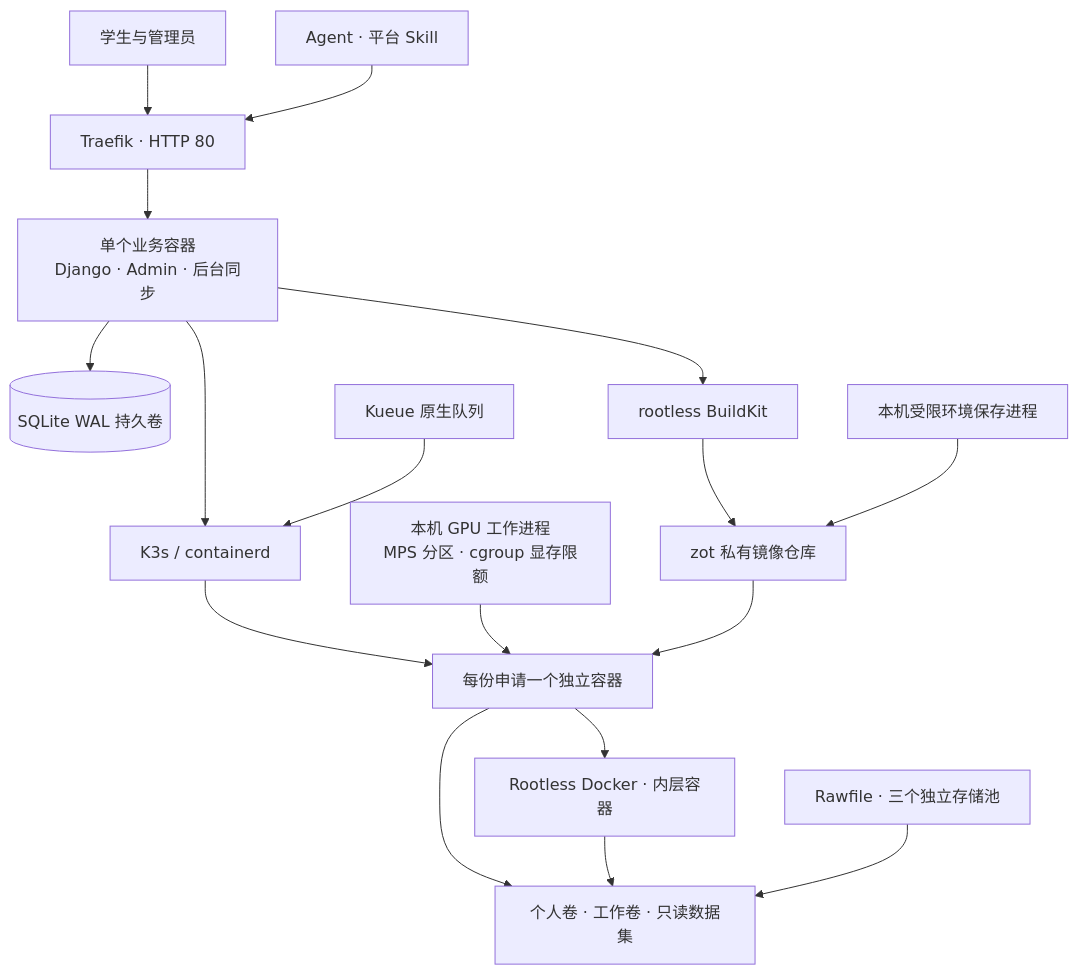
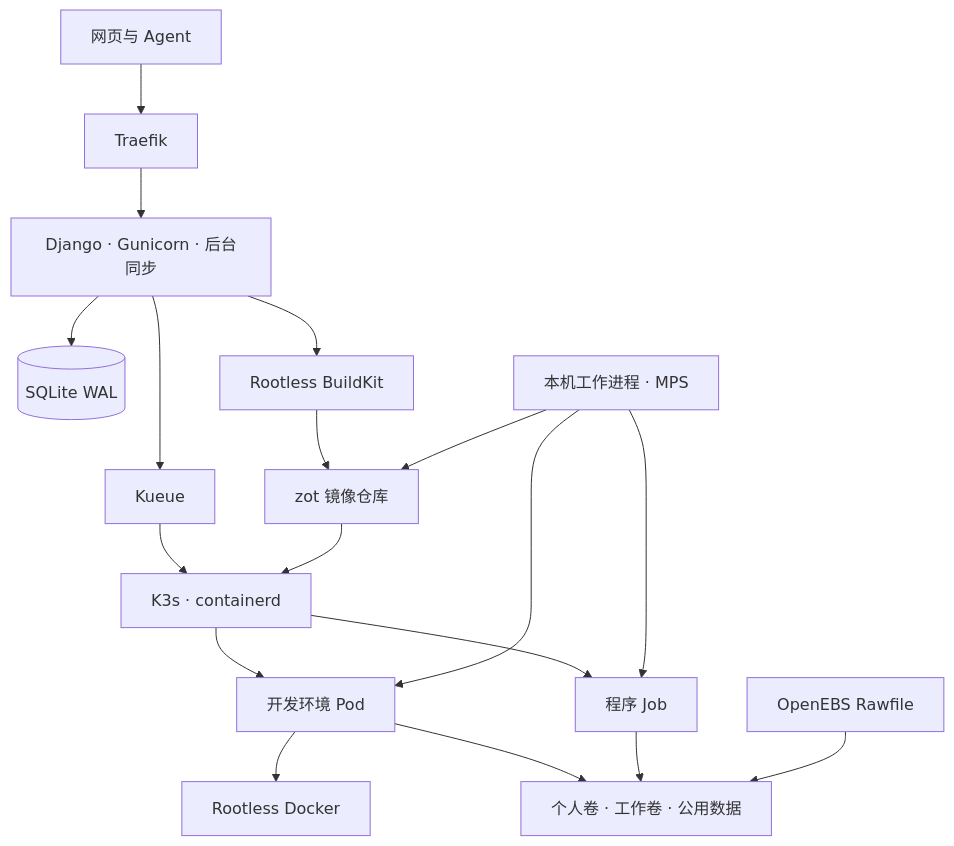
One commit to Kndy666/gpu-platform changed the first of 2 diagrams in docs/architecture.md. Above: the diagram before and after it, drawn with Mermaid. The commit also changed other lines of this file and 9 other files, not shown here.

````diff
--- a/docs/architecture.md
+++ b/docs/architecture.md
@@ -5,19 +5,20 @@
 ```mermaid
 flowchart TD
-    U[学生与管理员] --> T[Traefik · HTTP 80]
-    Agent[Agent · 平台 Skill] --> T
-    T --> A[单个业务容器<br/>Django · Admin · 后台同步]
-    A --> DB[(SQLite WAL 持久卷)]
-    A --> K[K3s / containerd]
-    Q[Kueue 原生队列] --> K
-    K --> W[每份申请一个独立容器]
-    N[本机 GPU 工作进程<br/>MPS 分区 · cgroup 显存限额] --> W
-    W --> V[个人卷 · 工作卷 · 只读数据集]
-    W --> D[Rootless Docker · 内层容器]
-    D --> V
-    C[Rawfile · 三个独立存储池] --> V
-    A --> B[rootless BuildKit]
-    B --> R[zot 私有镜像仓库]
-    R --> W
-    S[本机受限环境保存进程] --> R
+    User[网页与 Agent] --> Entry[Traefik]
+    Entry --> App[Django · Gunicorn · 后台同步]
+    App --> DB[(SQLite WAL)]
+    App --> Queue[Kueue]
+    Queue --> K3s[K3s · containerd]
+    K3s --> Dev[开发环境 Pod]
+    K3s --> Run[程序 Job]
+    Node[本机工作进程 · MPS] --> Dev
+    Node --> Run
+    Dev --> Docker[Rootless Docker]
+    Dev --> Volumes[个人卷 · 工作卷 · 公用数据]
+    Run --> Volumes
+    App --> Build[Rootless BuildKit]
+    Build --> Registry[zot 镜像仓库]
+    Node --> Registry
+    Registry --> K3s
+    Storage[OpenEBS Rawfile] --> Volumes
 ```
````
